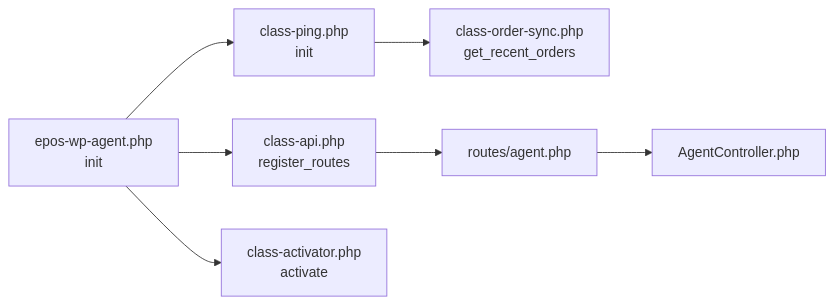
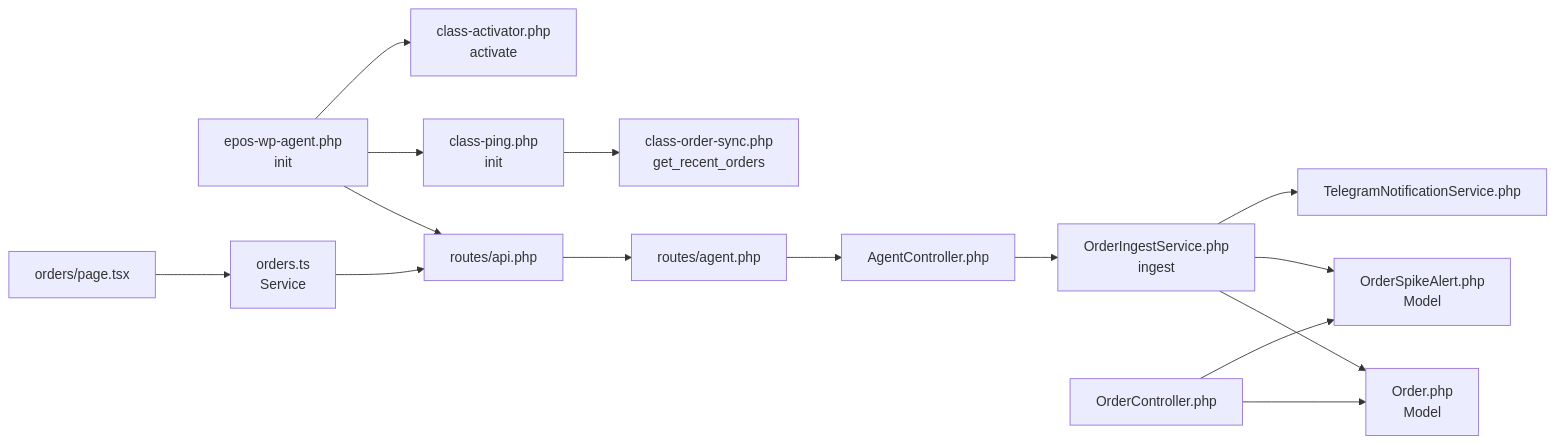
Before and after one commit to FCS-WP/website_portal: the fifth of 5 diagrams in .qoder/repowiki/en/content/WordPress Agent Integration/Order Synchronization.md, drawn with Mermaid. The commit also changed other lines of this file and 30 other files, not shown here.

````diff
--- a/.qoder/repowiki/en/content/WordPress Agent Integration/Order Synchronization.md
+++ b/.qoder/repowiki/en/content/WordPress Agent Integration/Order Synchronization.md
@@ -253,9 +457,17 @@
 ```mermaid
 graph LR
 Init["epos-wp-agent.php<br/>init"] --> API["class-api.php<br/>register_routes"]
 Init --> Ping["class-ping.php<br/>init"]
 Init --> Activator["class-activator.php<br/>activate"]
 Ping --> Sync["class-order-sync.php<br/>get_recent_orders"]
 API --> Routes["routes/agent.php"]
 Routes --> Controller["AgentController.php"]
+Controller --> Ingest["OrderIngestService.php<br/>ingest"]
+Ingest --> OrderModel["Order.php<br/>Model"]
+Ingest --> AlertModel["OrderSpikeAlert.php<br/>Model"]
+Ingest --> Telegram["TelegramNotificationService.php"]
+OrderController["OrderController.php"] --> OrderModel
+OrderController --> AlertModel
+Frontend["orders/page.tsx"] --> OrdersService["orders.ts<br/>Service"]
+OrdersService --> API["routes/api.php"]
 ```
````
